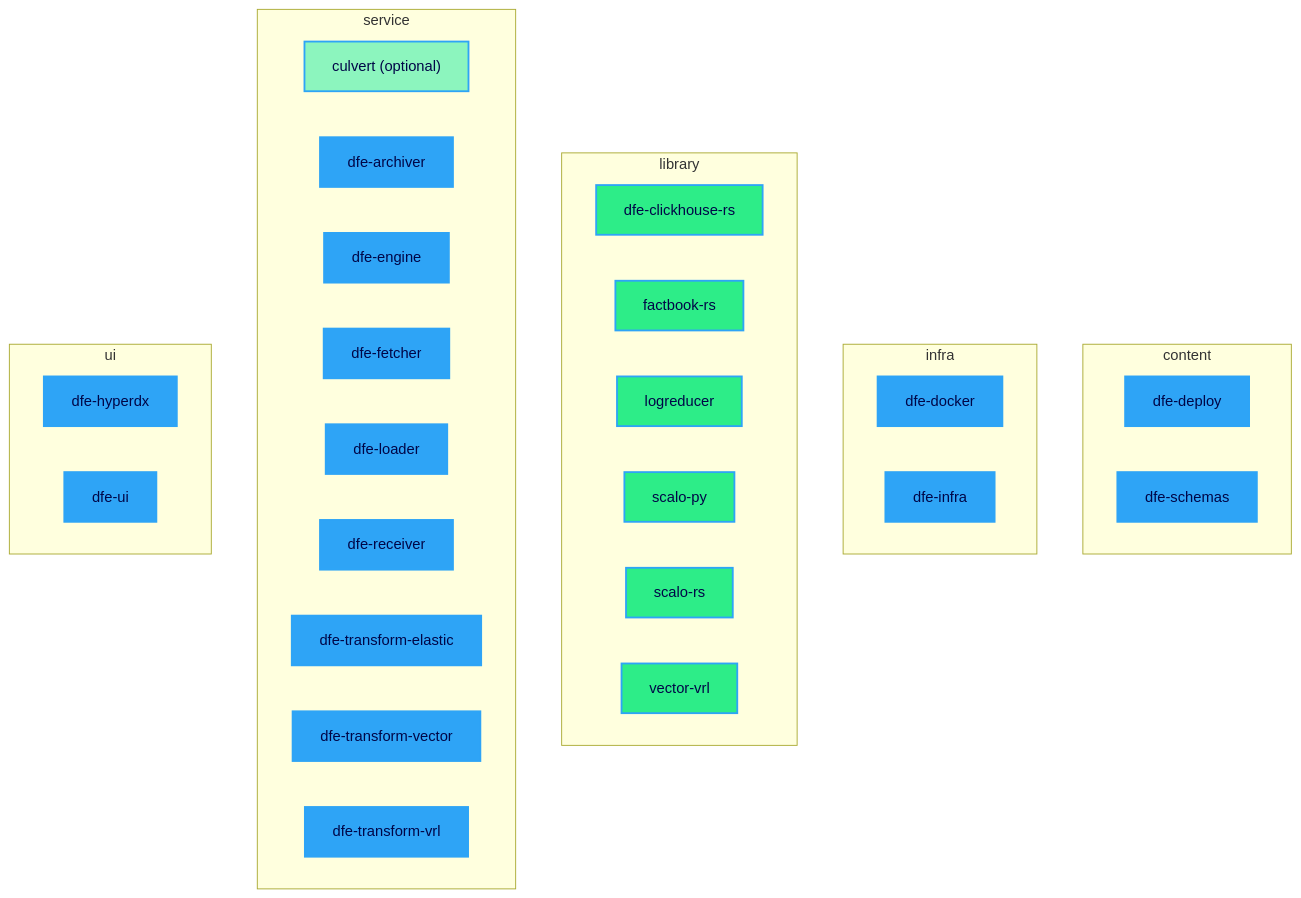
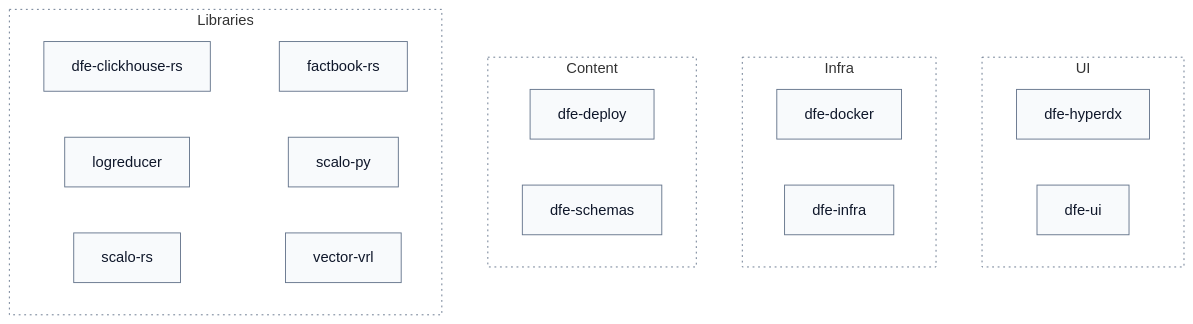
The second of 19 diagrams in docs/suite-graph.md (hyperi-io/dfe-infra), drawn with Mermaid before and after one commit. The commit also changed other lines of this file and 5 other files, not shown here.

First line of the commit message:
fix(suite-graph): draw the suite diagrams to the diagram standard

````diff
--- a/docs/suite-graph.md
+++ b/docs/suite-graph.md
@@ -43,42 +82,38 @@
 ```mermaid
-flowchart TB
-  subgraph content["content"]
-    direction LR
-    dfe_deploy["dfe-deploy"]:::suite
-    dfe_schemas["dfe-schemas"]:::suite
-  end
-  subgraph infra["infra"]
-    direction LR
-    dfe_docker["dfe-docker"]:::suite
-    dfe_infra["dfe-infra"]:::suite
-  end
-  subgraph library["library"]
-    direction LR
-    dfe_clickhouse_rs["dfe-clickhouse-rs"]:::general
-    factbook_rs["factbook-rs"]:::general
-    logreducer["logreducer"]:::general
-    scalo_py["scalo-py"]:::general
-    scalo_rs["scalo-rs"]:::general
-    vector_vrl["vector-vrl"]:::general
-  end
-  subgraph service["service"]
-    direction LR
-    culvert["culvert (optional)"]:::general-optional
-    dfe_archiver["dfe-archiver"]:::suite
-    dfe_engine["dfe-engine"]:::suite
-    dfe_fetcher["dfe-fetcher"]:::suite
-    dfe_loader["dfe-loader"]:::suite
-    dfe_receiver["dfe-receiver"]:::suite
-    dfe_transform_elastic["dfe-transform-elastic"]:::suite
-    dfe_transform_vector["dfe-transform-vector"]:::suite
-    dfe_transform_vrl["dfe-transform-vrl"]:::suite
-  end
-  subgraph ui["ui"]
-    direction LR
-    dfe_hyperdx["dfe-hyperdx"]:::suite
-    dfe_ui["dfe-ui"]:::suite
-  end
-  classDef general fill:#2DED88,stroke:#2EA4F6,stroke-width:2px,color:#000647
-  classDef suite fill:#2EA4F6,stroke:#2EA4F6,stroke-width:2px,color:#000647
-  classDef general-optional fill:#8CF5BE,stroke:#2EA4F6,stroke-width:2px,color:#000647
+flowchart LR
+    accTitle: L4 Detail -- Suite overview, platform
+    accDescr: The suite has 12 members that are not services, in 4 boxes. dfe-clickhouse-rs, factbook-rs, logreducer, scalo-py, scalo-rs and vector-vrl sit in Libraries. dfe-deploy and dfe-schemas sit in Content. dfe-docker and dfe-infra sit in Infra. dfe-hyperdx and dfe-ui sit in UI.
+
+    subgraph libraries["Libraries"]
+        direction LR
+        dfe_clickhouse_rs["dfe-clickhouse-rs"]
+        factbook_rs["factbook-rs"]
+        logreducer["logreducer"]
+        scalo_py["scalo-py"]
+        scalo_rs["scalo-rs"]
+        vector_vrl["vector-vrl"]
+        dfe_clickhouse_rs ~~~ factbook_rs
+        logreducer ~~~ scalo_py
+        scalo_rs ~~~ vector_vrl
+    end
+    subgraph content["Content"]
+        direction LR
+        dfe_deploy["dfe-deploy"]
+        dfe_schemas["dfe-schemas"]
+    end
+    subgraph infra["Infra"]
+        direction LR
+        dfe_docker["dfe-docker"]
+        dfe_infra["dfe-infra"]
+    end
+    subgraph ui["UI"]
+        direction LR
+        dfe_hyperdx["dfe-hyperdx"]
+        dfe_ui["dfe-ui"]
+    end
+    libraries ~~~ content ~~~ infra ~~~ ui
+
+    classDef default fill:#F8FAFC,stroke:#64748B,stroke-width:1px,color:#0F172A
+    classDef group fill:none,stroke:#64748B,stroke-width:1px,stroke-dasharray:2 4
+    class libraries,content,infra,ui group
 ```
````
